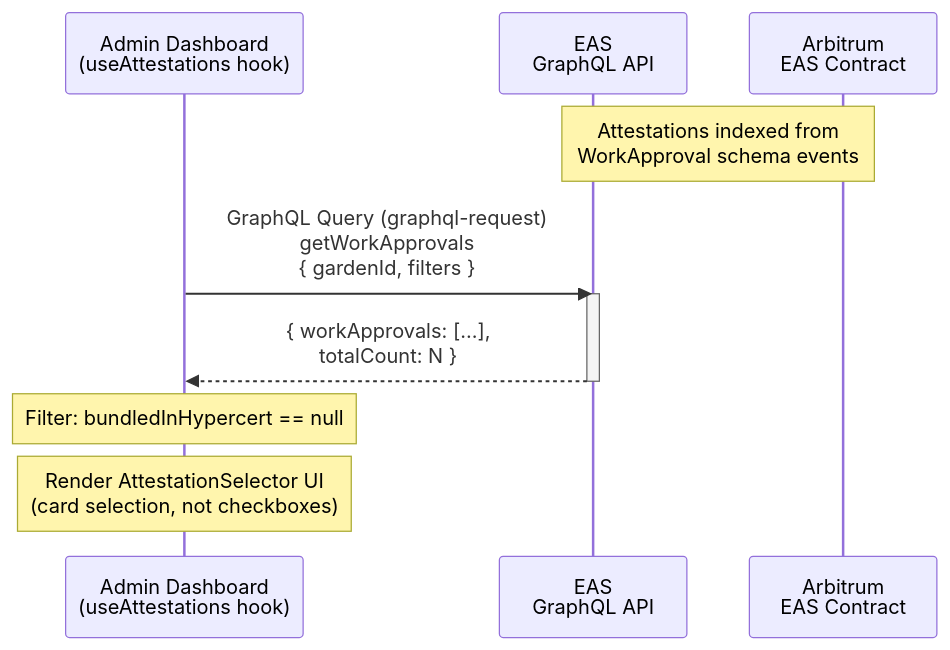
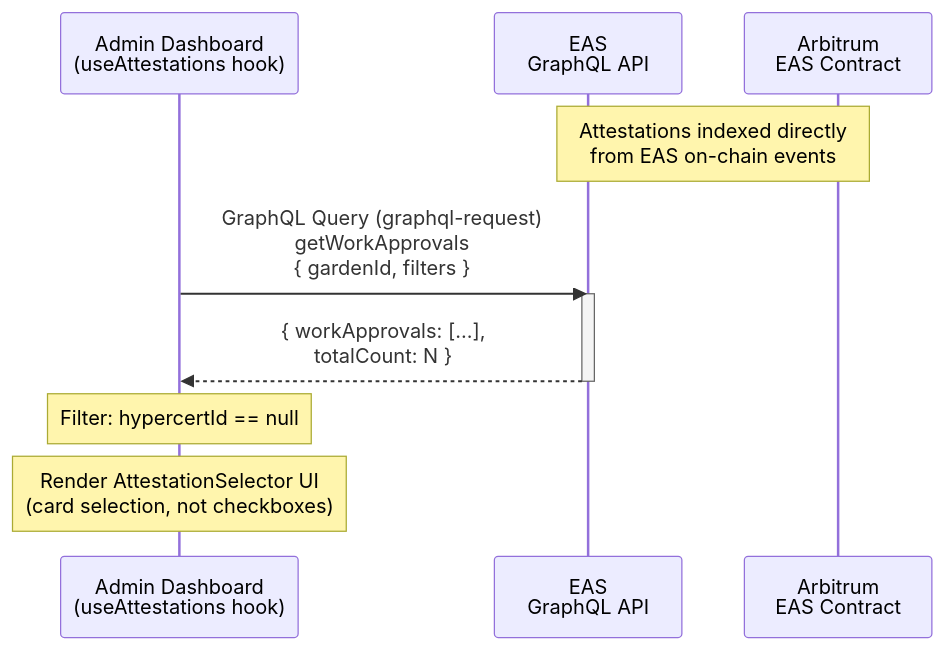
Before and after one commit to greenpill-dev-guild/green-goods: the fifth of 12 diagrams in docs/docs/specs/hypercerts/technical-spec.md, drawn with Mermaid. The commit also changed other lines of this file and 28 other files, not shown here.

````diff
--- a/docs/docs/specs/hypercerts/technical-spec.md
+++ b/docs/docs/specs/hypercerts/technical-spec.md
@@ -431,16 +430,16 @@
 ```mermaid
 sequenceDiagram
     participant Admin as Admin Dashboard<br/>(useAttestations hook)
     participant EAS as EAS<br/>GraphQL API
     participant Chain as Arbitrum<br/>EAS Contract
 
-    Note over EAS,Chain: Attestations indexed from<br/>WorkApproval schema events
+    Note over EAS,Chain: Attestations indexed directly<br/>from EAS on-chain events
 
     Admin->>EAS: GraphQL Query (graphql-request)<br/>getWorkApprovals<br/>{ gardenId, filters }
     activate EAS
     EAS-->>Admin: { workApprovals: [...],<br/>totalCount: N }
     deactivate EAS
 
-    Note over Admin: Filter: bundledInHypercert == null
+    Note over Admin: Filter: hypercertId == null
     Note over Admin: Render AttestationSelector UI<br/>(card selection, not checkboxes)
 ```
````
